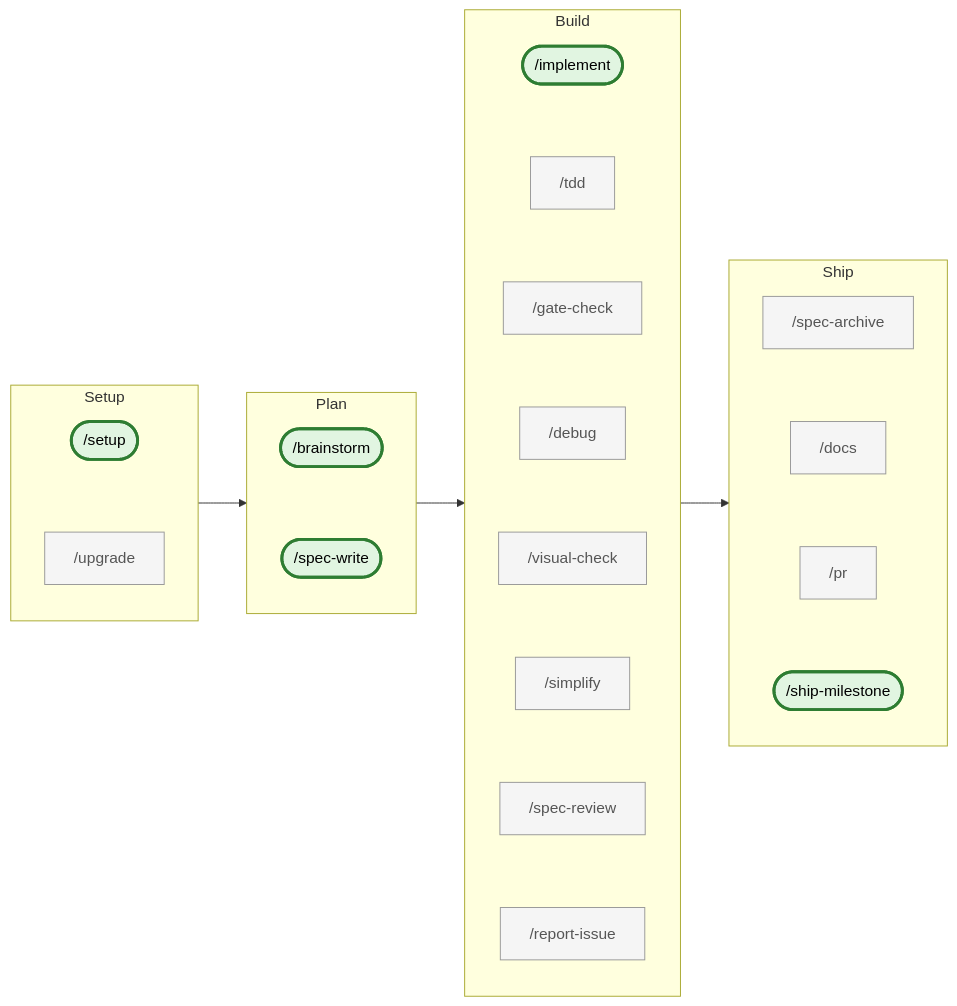
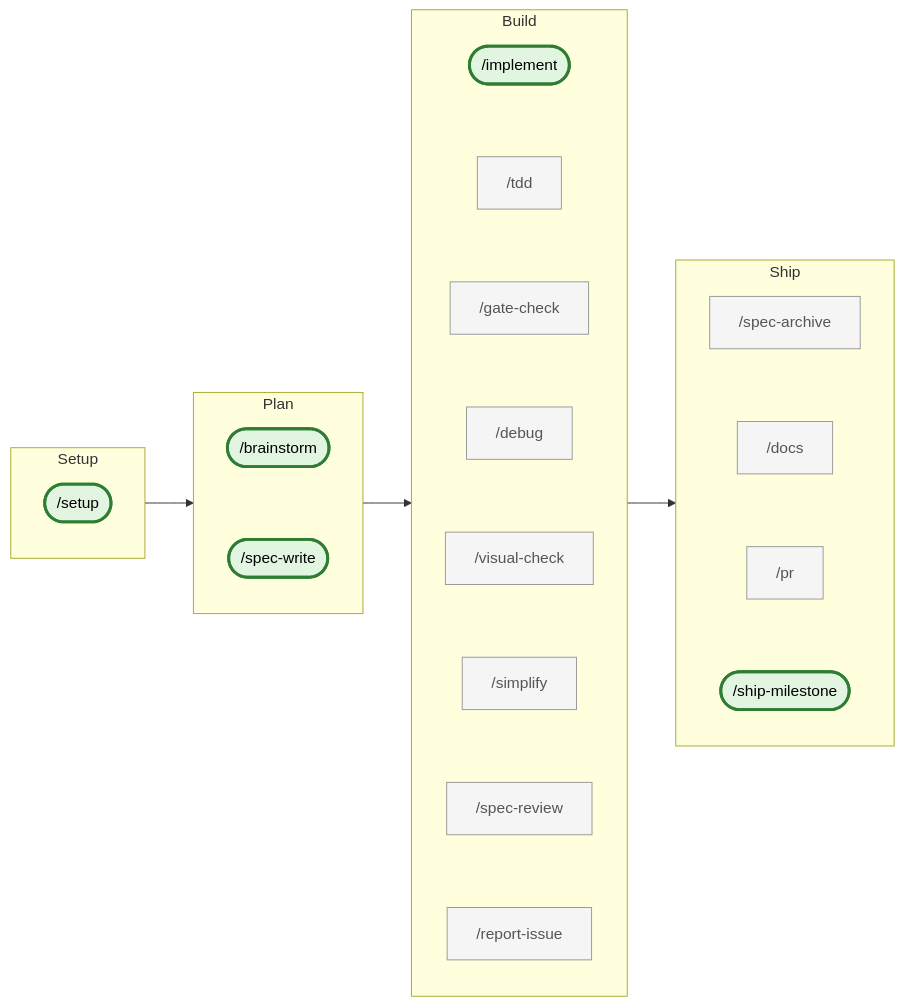
Before and after one commit to nesquikm/dev-process-toolkit: the diagram in README.md, drawn with Mermaid. The commit also changed other lines of this file and 18 other files, not shown here.

````diff
--- a/README.md
+++ b/README.md
@@ -62,48 +62,46 @@
 ```mermaid
 flowchart LR
     classDef spine fill:#e1f5e1,stroke:#2e7d32,stroke-width:3px,color:#000
     classDef secondary fill:#f5f5f5,stroke:#999,stroke-width:1px,color:#555
     subgraph Setup
         direction TB
         setup(["/setup"]):::spine
-        upgrade["/upgrade"]:::secondary
-        setup ~~~ upgrade
     end
     subgraph Plan
         direction TB
         brainstorm(["/brainstorm"]):::spine
         spec_write(["/spec-write"]):::spine
         brainstorm ~~~ spec_write
     end
     subgraph Build
         direction TB
         implement(["/implement"]):::spine
         tdd["/tdd"]:::secondary
         gate_check["/gate-check"]:::secondary
         debug["/debug"]:::secondary
         visual_check["/visual-check"]:::secondary
         simplify["/simplify"]:::secondary
         spec_review["/spec-review"]:::secondary
         report_issue["/report-issue"]:::secondary
         implement ~~~ tdd
         tdd ~~~ gate_check
         gate_check ~~~ debug
         debug ~~~ visual_check
         visual_check ~~~ simplify
         simplify ~~~ spec_review
         spec_review ~~~ report_issue
     end
     subgraph Ship
         direction TB
         spec_archive["/spec-archive"]:::secondary
         docs["/docs"]:::secondary
         pr["/pr"]:::secondary
         ship_milestone(["/ship-milestone"]):::spine
         spec_archive ~~~ docs
         docs ~~~ pr
         pr ~~~ ship_milestone
     end
     Setup --> Plan
     Plan --> Build
     Build --> Ship
 ```
````
